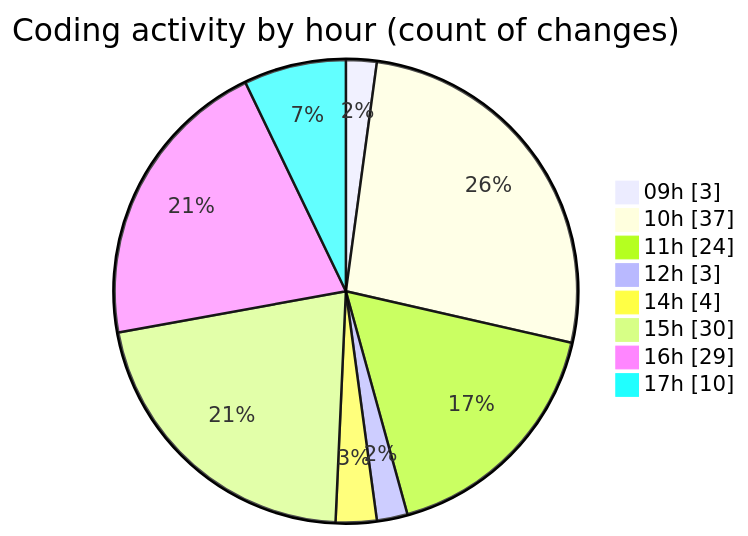
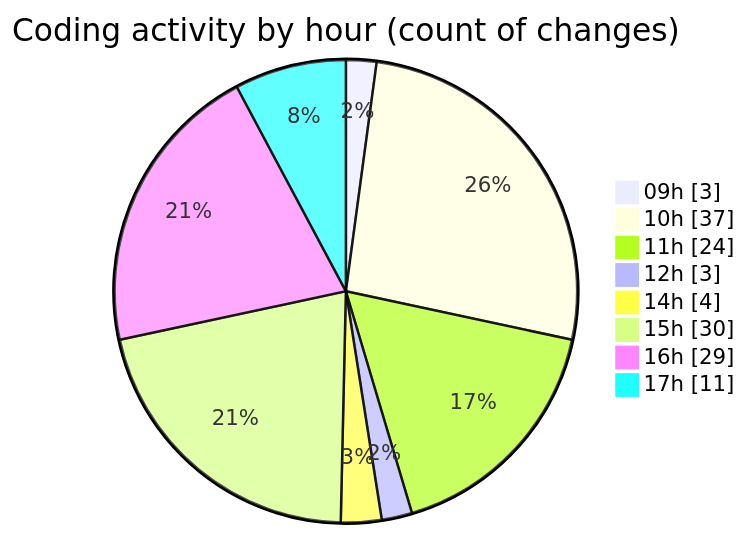
Before and after one commit to CELIANVF/code-tracking: the second of 2 diagrams in 2025-05-02/ecodeli/README.md, drawn with Mermaid. The commit also changed other lines of this file and 1 other file, not shown here.

````diff
--- a/2025-05-02/ecodeli/README.md
+++ b/2025-05-02/ecodeli/README.md
@@ -91,12 +92,12 @@
 ```mermaid
 pie showData
 title Coding activity by hour (count of changes)
 "09h" : 3
 "10h" : 37
 "11h" : 24
 "12h" : 3
 "14h" : 4
 "15h" : 30
 "16h" : 29
-"17h" : 10
+"17h" : 11
 ```
````
